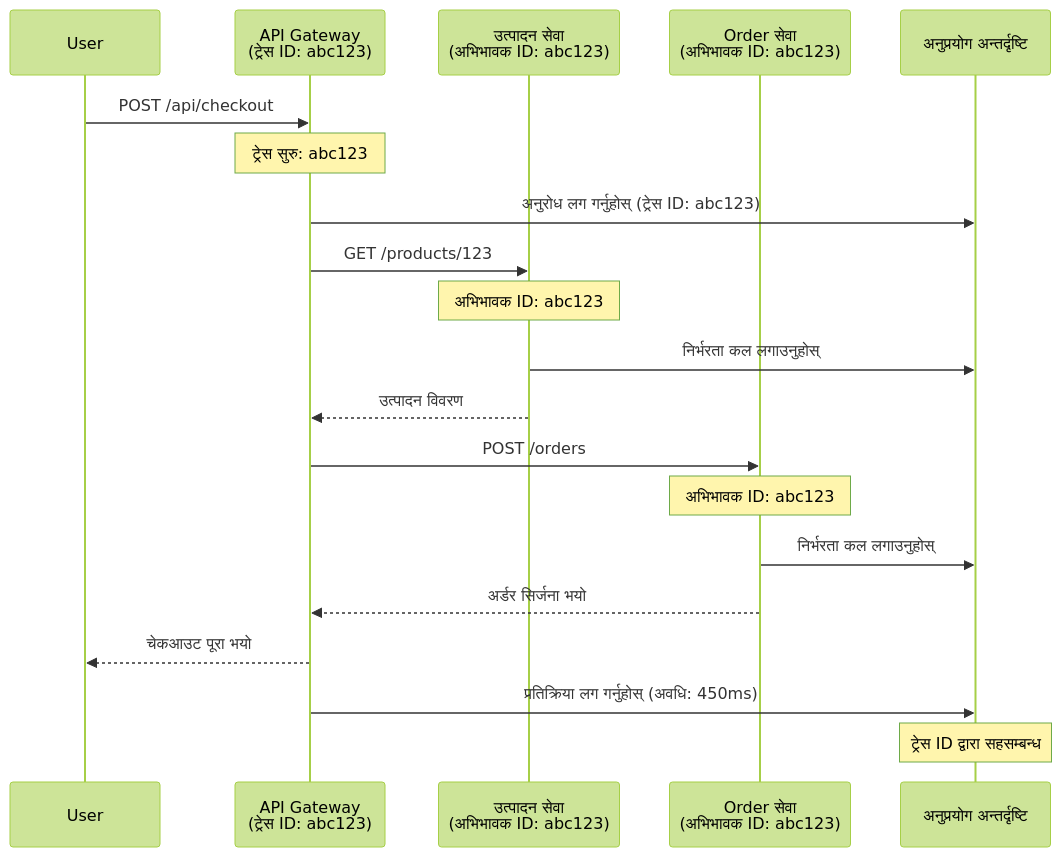
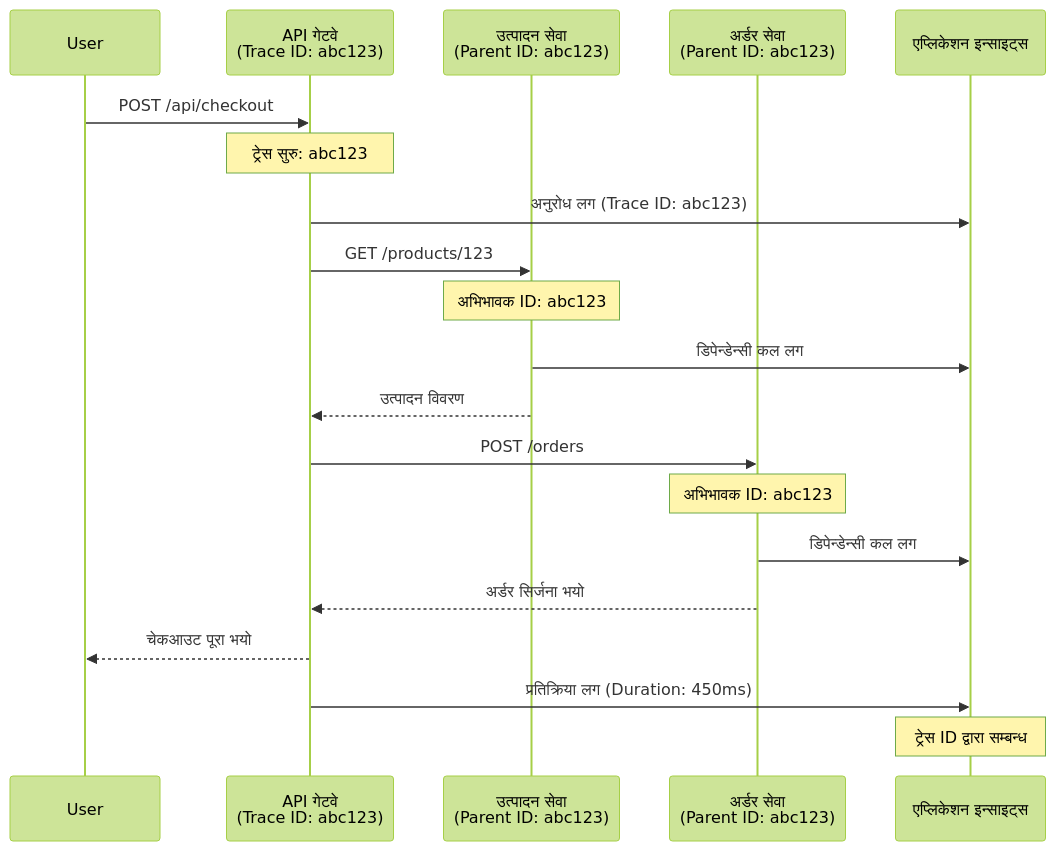
One commit to microsoft/AZD-for-beginners changed the second of 2 diagrams in translations/ne/docs/chapter-06-pre-deployment/application-insights.md. Above: the diagram before and after it, drawn with Mermaid (forest theme). The commit also changed other lines of this file and 101 other files, not shown here.

````diff
--- a/translations/ne/docs/chapter-06-pre-deployment/application-insights.md
+++ b/translations/ne/docs/chapter-06-pre-deployment/application-insights.md
@@ -744,27 +744,27 @@
 ```mermaid
 sequenceDiagram
     participant User
-    participant Gateway as API Gateway<br/>(ट्रेस ID: abc123)
-    participant Product as उत्पादन सेवा<br/>(अभिभावक ID: abc123)
-    participant Order as Order सेवा<br/>(अभिभावक ID: abc123)
-    participant AppInsights as अनुप्रयोग अन्तर्दृष्टि
+    participant Gateway as API गेटवे<br/>(Trace ID: abc123)
+    participant Product as उत्पादन सेवा<br/>(Parent ID: abc123)
+    participant Order as अर्डर सेवा<br/>(Parent ID: abc123)
+    participant AppInsights as एप्लिकेशन इन्साइट्स
     
     User->>Gateway: POST /api/checkout
     Note over Gateway: ट्रेस सुरु: abc123
-    Gateway->>AppInsights: अनुरोध लग गर्नुहोस् (ट्रेस ID: abc123)
+    Gateway->>AppInsights: अनुरोध लग (Trace ID: abc123)
     
     Gateway->>Product: GET /products/123
     Note over Product: अभिभावक ID: abc123
-    Product->>AppInsights: निर्भरता कल लगाउनुहोस्
+    Product->>AppInsights: डिपेन्डेन्सी कल लग
     Product-->>Gateway: उत्पादन विवरण
     
     Gateway->>Order: POST /orders
     Note over Order: अभिभावक ID: abc123
-    Order->>AppInsights: निर्भरता कल लगाउनुहोस्
+    Order->>AppInsights: डिपेन्डेन्सी कल लग
     Order-->>Gateway: अर्डर सिर्जना भयो
     
     Gateway-->>User: चेकआउट पूरा भयो
-    Gateway->>AppInsights: प्रतिक्रिया लग गर्नुहोस् (अवधि: 450ms)
+    Gateway->>AppInsights: प्रतिक्रिया लग (Duration: 450ms)
     
-    Note over AppInsights: ट्रेस ID द्वारा सहसम्बन्ध
+    Note over AppInsights: ट्रेस ID द्वारा सम्बन्ध
 ```
````
